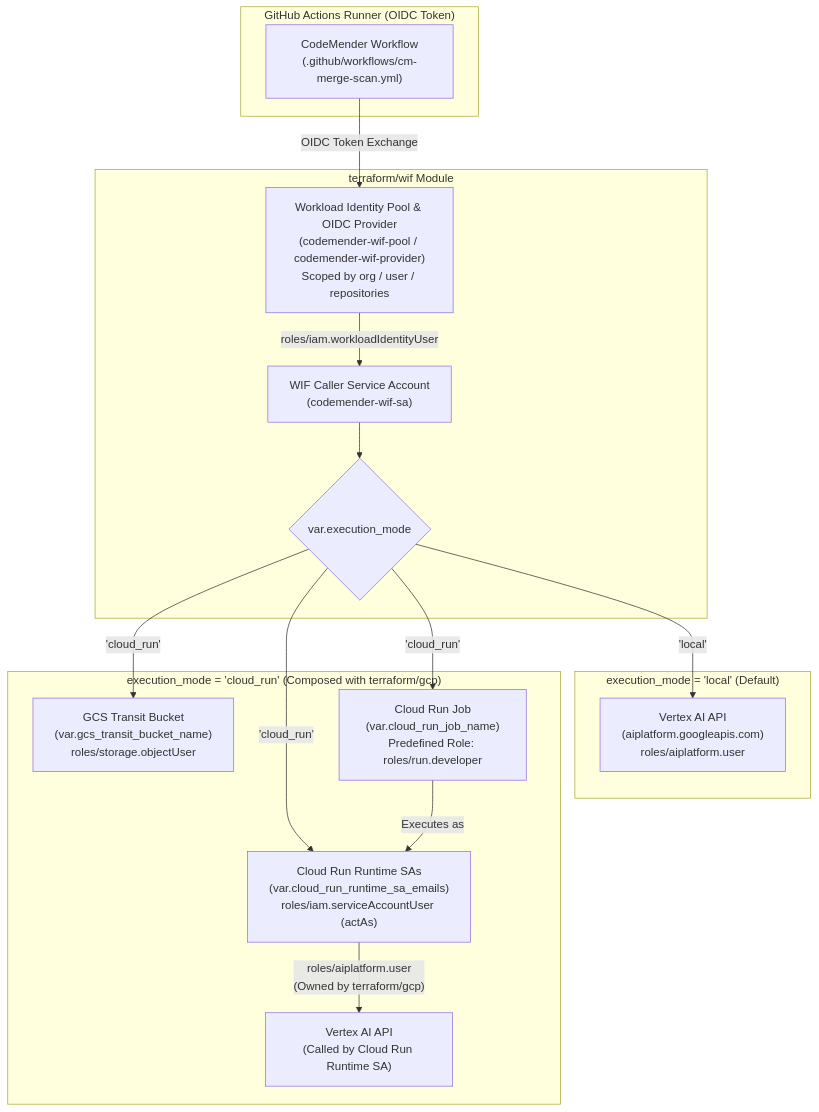
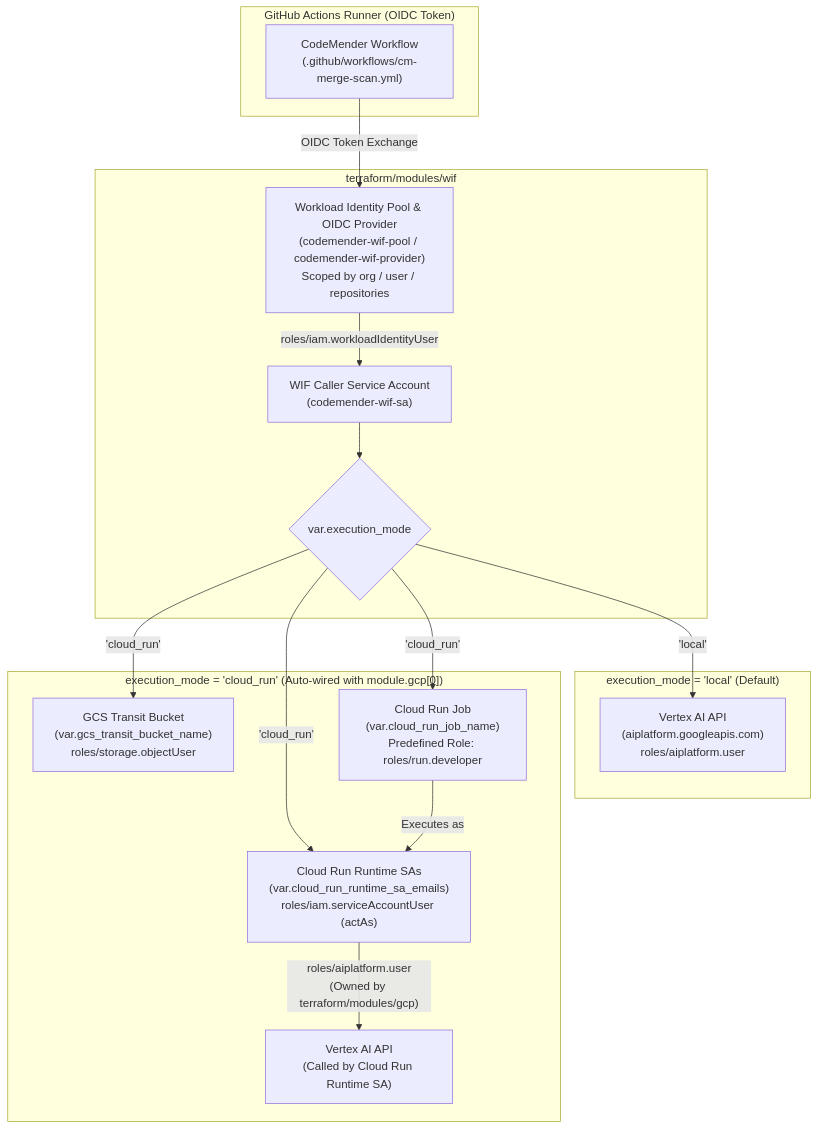
The second of 2 diagrams in docs/openspec/specs/wif/design.md (avnit/codemender-runner-mcp), drawn with Mermaid before and after one commit. The commit also changed other lines of this file and 5 other files, not shown here.

First line of the commit message:
Update the terraform specs to use actual modules (#40)

````diff
--- a/docs/openspec/specs/wif/design.md
+++ b/docs/openspec/specs/wif/design.md
@@ -182,34 +246,34 @@
 ```mermaid
 flowchart TD
     subgraph GHA["GitHub Actions Runner (OIDC Token)"]
         workflow["CodeMender Workflow\n(.github/workflows/cm-merge-scan.yml)"]
     end
 
-    subgraph WIF["terraform/wif Module"]
+    subgraph WIF["terraform/modules/wif"]
         pool["Workload Identity Pool & OIDC Provider\n(codemender-wif-pool / codemender-wif-provider)\nScoped by org / user / repositories"]
         sa["WIF Caller Service Account\n(codemender-wif-sa)"]
         mode{"var.execution_mode"}
     end
 
     subgraph LocalMode["execution_mode = 'local' (Default)"]
         vertex["Vertex AI API\n(aiplatform.googleapis.com)\nroles/aiplatform.user"]
     end
 
-    subgraph CloudRunMode["execution_mode = 'cloud_run' (Composed with terraform/gcp)"]
+    subgraph CloudRunMode["execution_mode = 'cloud_run' (Auto-wired with module.gcp[0])"]
         gcs["GCS Transit Bucket\n(var.gcs_transit_bucket_name)\nroles/storage.objectUser"]
         cr_job["Cloud Run Job\n(var.cloud_run_job_name)\nPredefined Role: roles/run.developer"]
         runtime_sa["Cloud Run Runtime SAs\n(var.cloud_run_runtime_sa_emails)\nroles/iam.serviceAccountUser (actAs)"]
         cr_vertex["Vertex AI API\n(Called by Cloud Run Runtime SA)"]
     end
 
     workflow -->|"OIDC Token Exchange"| pool
     pool -->|"roles/iam.workloadIdentityUser"| sa
     sa --> mode
 
     mode -->|"'local'"| vertex
     mode -->|"'cloud_run'"| gcs
     mode -->|"'cloud_run'"| cr_job
     mode -->|"'cloud_run'"| runtime_sa
     cr_job -->|"Executes as"| runtime_sa
-    runtime_sa -->|"roles/aiplatform.user\n(Owned by terraform/gcp)"| cr_vertex
+    runtime_sa -->|"roles/aiplatform.user\n(Owned by terraform/modules/gcp)"| cr_vertex
 ```
````
